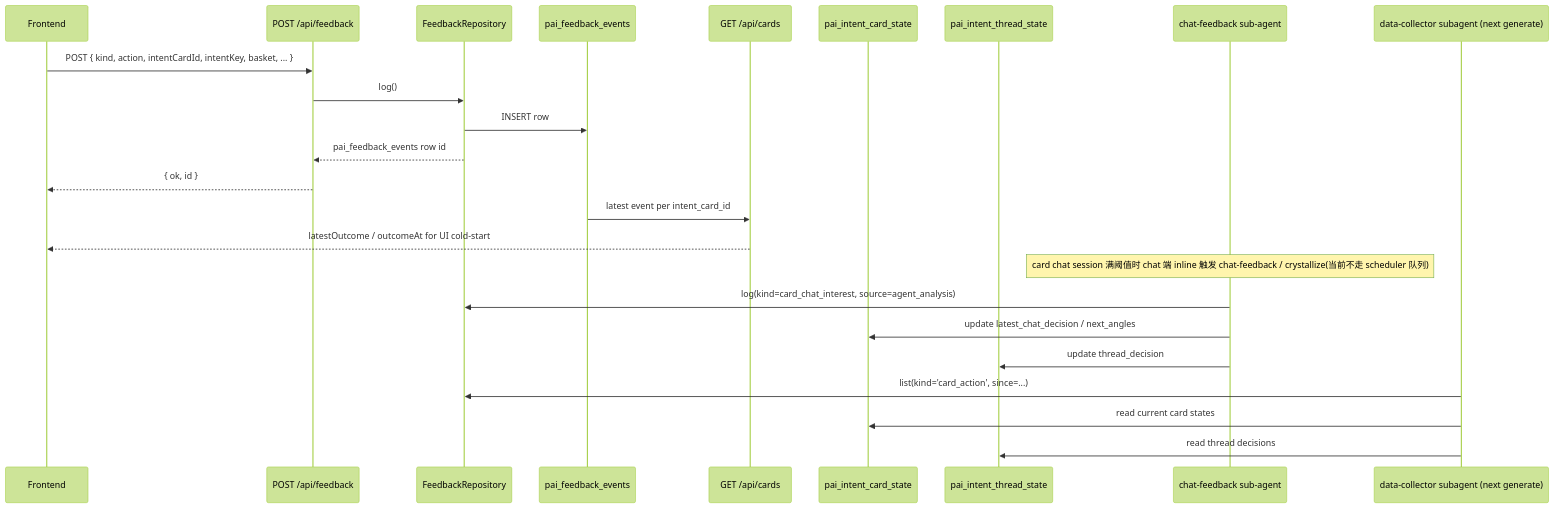
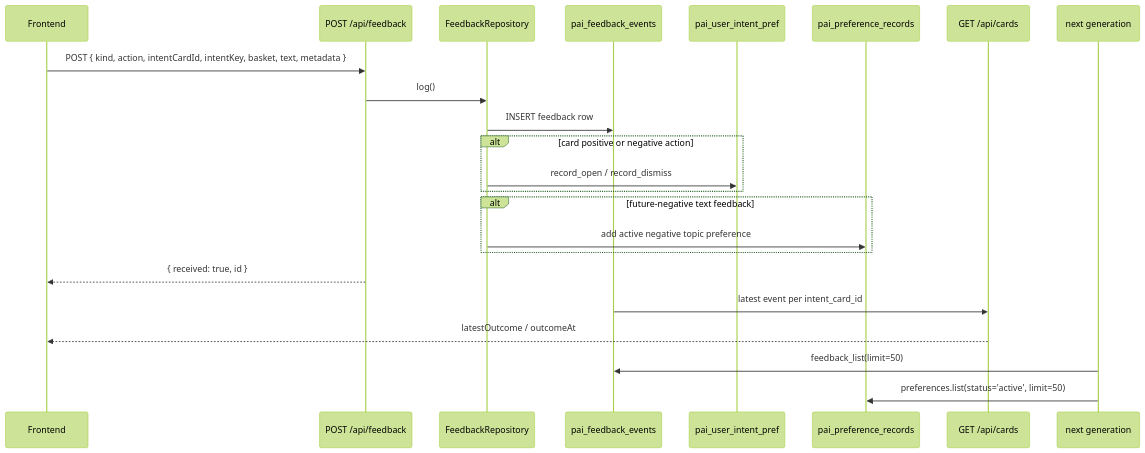
The second of 2 diagrams in docs/modules/feedback.mdx (Edge-AI-HQ/proactive-assistant), drawn with Mermaid (forest theme) before and after one commit. The commit also changed other lines of this file and 14 other files, not shown here.

Commit message:
fix(feedback): persist user feedback signals

````diff
--- a/docs/modules/feedback.mdx
+++ b/docs/modules/feedback.mdx
@@ -125,29 +103,26 @@
 ```mermaid
 sequenceDiagram
   participant UI as Frontend
   participant R as POST /api/feedback
   participant Repo as FeedbackRepository
   participant Events as pai_feedback_events
+  participant FP as pai_user_intent_pref
+  participant Prefs as pai_preference_records
   participant Cards as GET /api/cards
-  participant CS as pai_intent_card_state
-  participant TS as pai_intent_thread_state
-  participant CFA as chat-feedback sub-agent
-  participant Gen as data-collector subagent (next generate)
+  participant Gen as next generation
 
-  UI->>R: POST { kind, action, intentCardId, intentKey, basket, ... }
+  UI->>R: POST { kind, action, intentCardId, intentKey, basket, text, metadata }
   R->>Repo: log()
-  Repo->>Events: INSERT row
-  Repo-->>R: pai_feedback_events row id
-  R-->>UI: { ok, id }
+  Repo->>Events: INSERT feedback row
+  alt card positive or negative action
+    Repo->>FP: record_open / record_dismiss
+  end
+  alt future-negative text feedback
+    Repo->>Prefs: add active negative topic preference
+  end
+  R-->>UI: { received: true, id }
   Events->>Cards: latest event per intent_card_id
-  Cards-->>UI: latestOutcome / outcomeAt for UI cold-start
-
-  Note over CFA: card chat session 满阈值时 chat 端 inline 触发 chat-feedback / crystallize(当前不走 scheduler 队列)
-  CFA->>Repo: log(kind=card_chat_interest, source=agent_analysis)
-  CFA->>CS: update latest_chat_decision / next_angles
-  CFA->>TS: update thread_decision
-
-  Gen->>Repo: list(kind='card_action', since=...)
-  Gen->>CS: read current card states
-  Gen->>TS: read thread decisions
+  Cards-->>UI: latestOutcome / outcomeAt
+  Gen->>Events: feedback_list(limit=50)
+  Gen->>Prefs: preferences.list(status='active', limit=50)
 ```
````
